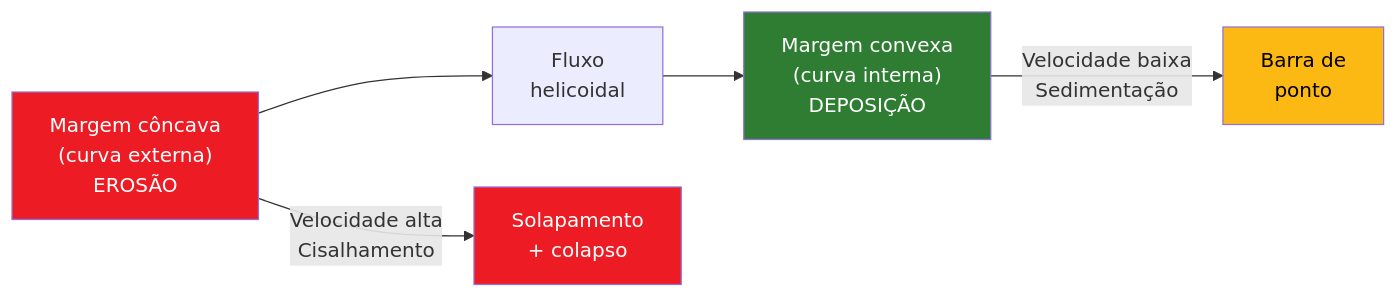
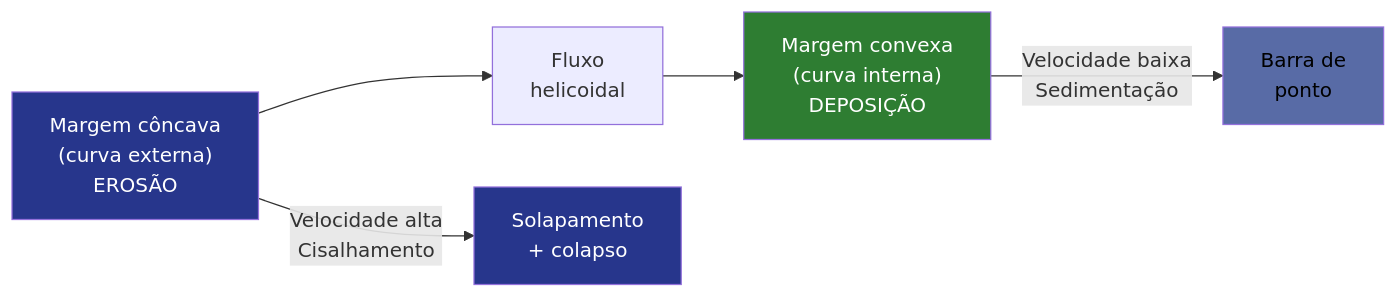
Before and after one commit to ldvsantos/cv: the third of 10 diagrams in aulas/bioengenharia_de_solos/aulas/bioengenharia_fluvial/bioengenharia_fluvial.qmd, drawn with Mermaid. The commit also changed other lines of this file and 466 other files, not shown here.

````diff
--- a/aulas/bioengenharia_de_solos/aulas/bioengenharia_fluvial/bioengenharia_fluvial.qmd
+++ b/aulas/bioengenharia_de_solos/aulas/bioengenharia_fluvial/bioengenharia_fluvial.qmd
@@ -211,12 +209,12 @@
 ```{mermaid}
 %%| fig-width: 4.5
 graph LR
     A["Margem côncava<br>(curva externa)<br>EROSÃO"] --> B["Fluxo<br>helicoidal"]
     B --> C["Margem convexa<br>(curva interna)<br>DEPOSIÇÃO"]
     A -->|"Velocidade alta<br>Cisalhamento"| D["Solapamento<br>+ colapso"]
     C -->|"Velocidade baixa<br>Sedimentação"| E["Barra de<br>ponto"]
-    style A fill:#ED1C24,color:#fff
+    style A fill:#27368C,color:#fff
     style C fill:#2E7D32,color:#fff
-    style D fill:#ED1C24,color:#fff
-    style E fill:#FDB913,color:#000
+    style D fill:#27368C,color:#fff
+    style E fill:#586BA6,color:#000
 ```
````
